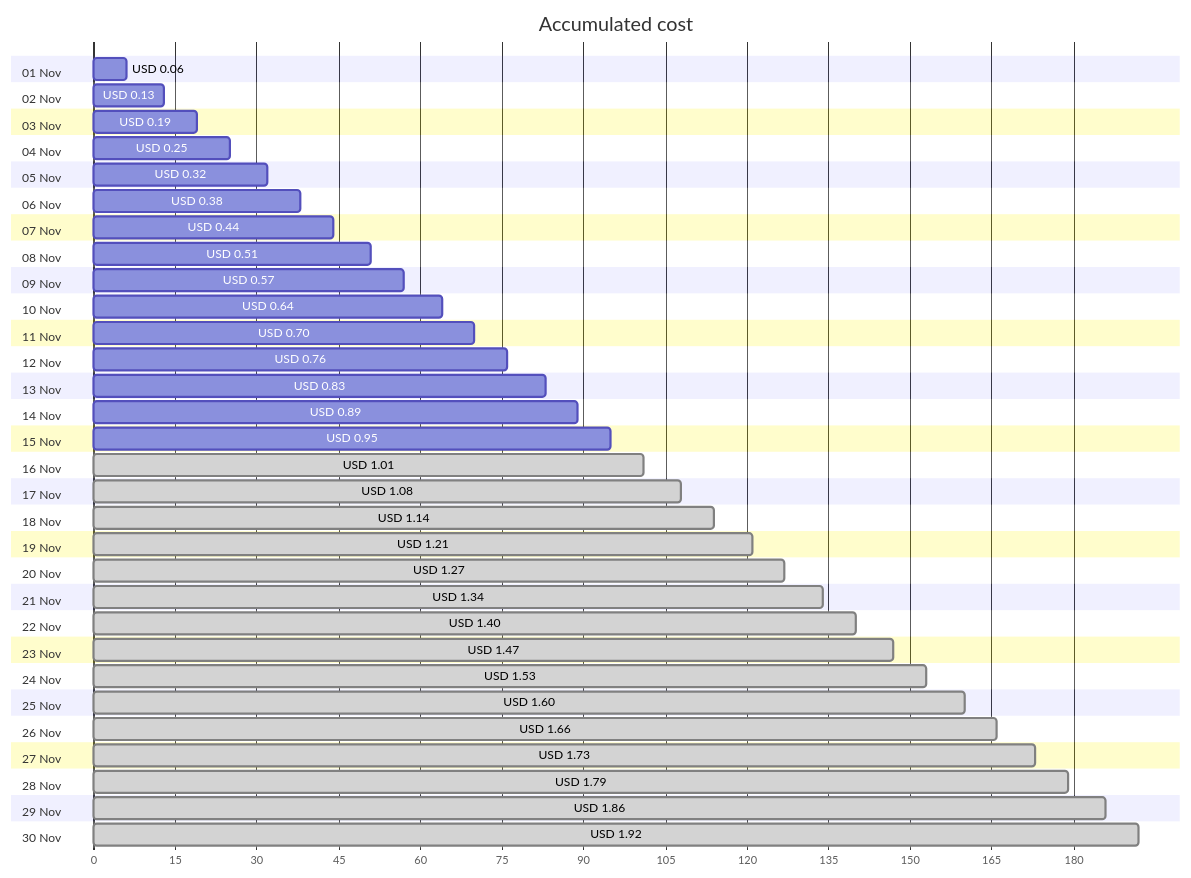
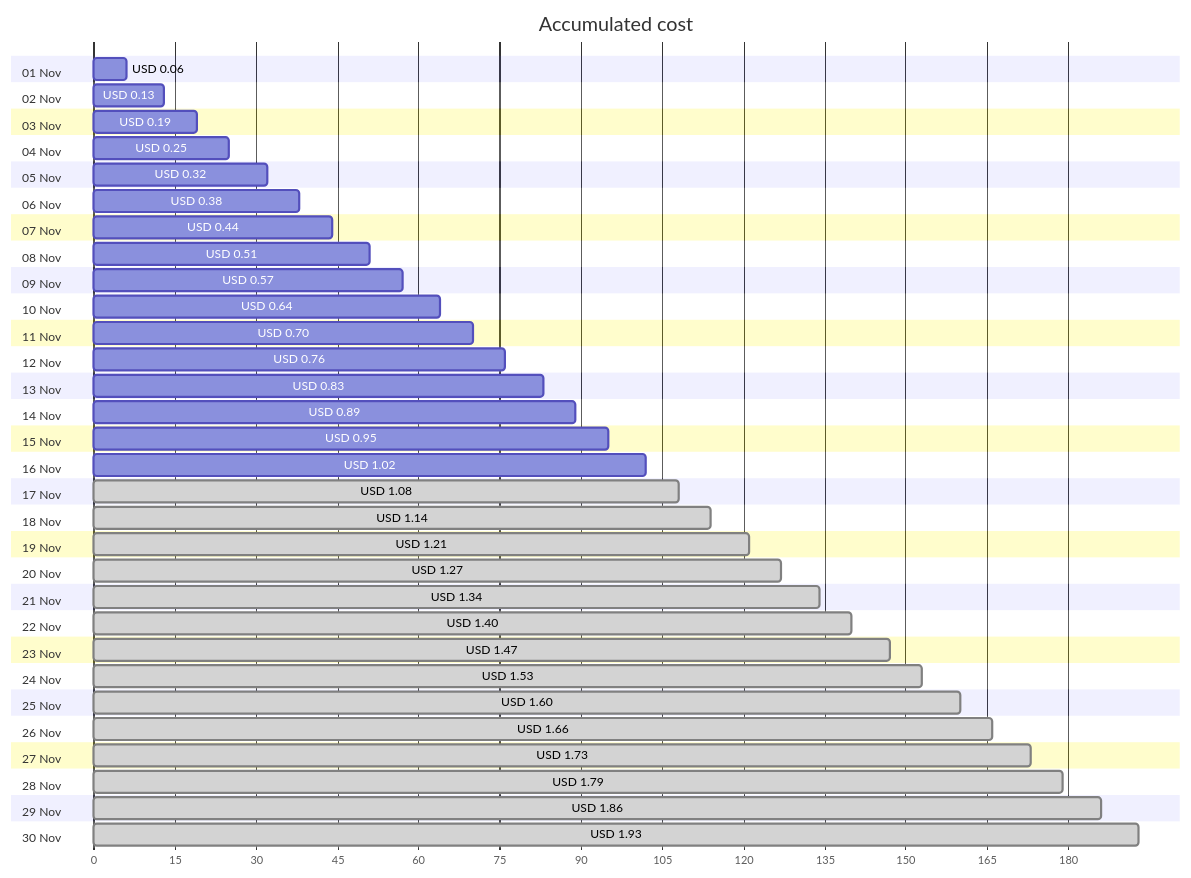
One commit to jpfulton/azure-personal-reports changed the first of 4 diagrams in cost-reports/personal-network/vpn-server_OsDisk.md. Above: the diagram before and after it, drawn with Mermaid. The commit also changed other lines of this file and 8 other files, not shown here.

````diff
--- a/cost-reports/personal-network/vpn-server_OsDisk.md
+++ b/cost-reports/personal-network/vpn-server_OsDisk.md
@@ -20,66 +20,66 @@
 ```mermaid
 gantt
    title Accumulated cost
    dateFormat  X
    axisFormat %s
    section 01 Nov
    USD 0.06 :0, 6
    section 02 Nov
    USD 0.13 :0, 13
    section 03 Nov
    USD 0.19 :0, 19
    section 04 Nov
    USD 0.25 :0, 25
    section 05 Nov
    USD 0.32 :0, 32
    section 06 Nov
    USD 0.38 :0, 38
    section 07 Nov
    USD 0.44 :0, 44
    section 08 Nov
    USD 0.51 :0, 51
    section 09 Nov
    USD 0.57 :0, 57
    section 10 Nov
    USD 0.64 :0, 64
    section 11 Nov
    USD 0.70 :0, 70
    section 12 Nov
    USD 0.76 :0, 76
    section 13 Nov
    USD 0.83 :0, 83
    section 14 Nov
    USD 0.89 :0, 89
    section 15 Nov
    USD 0.95 :0, 95
    section 16 Nov
-   USD 1.01 : done, 0, 101
+   USD 1.02 :0, 102
    section 17 Nov
    USD 1.08 : done, 0, 108
    section 18 Nov
    USD 1.14 : done, 0, 114
    section 19 Nov
    USD 1.21 : done, 0, 121
    section 20 Nov
    USD 1.27 : done, 0, 127
    section 21 Nov
    USD 1.34 : done, 0, 134
    section 22 Nov
    USD 1.40 : done, 0, 140
    section 23 Nov
    USD 1.47 : done, 0, 147
    section 24 Nov
    USD 1.53 : done, 0, 153
    section 25 Nov
    USD 1.60 : done, 0, 160
    section 26 Nov
    USD 1.66 : done, 0, 166
    section 27 Nov
    USD 1.73 : done, 0, 173
    section 28 Nov
    USD 1.79 : done, 0, 179
    section 29 Nov
    USD 1.86 : done, 0, 186
    section 30 Nov
-   USD 1.92 : done, 0, 192
+   USD 1.93 : done, 0, 193
 ```
````
